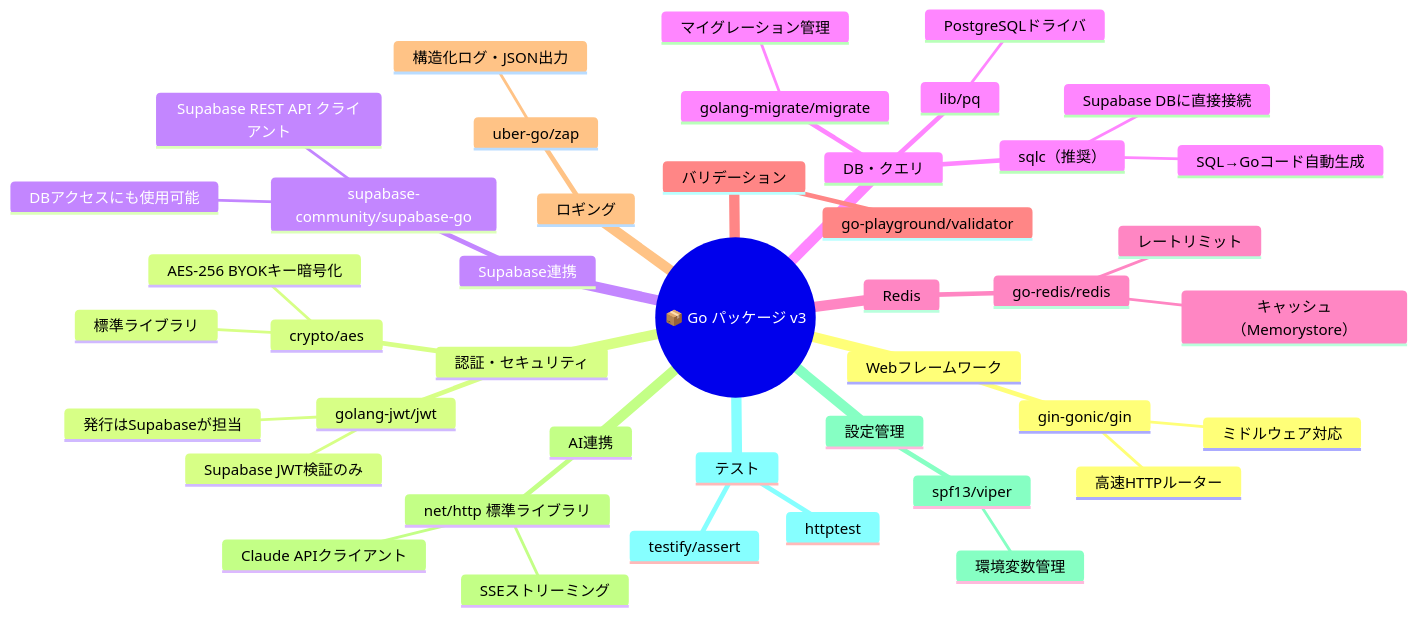
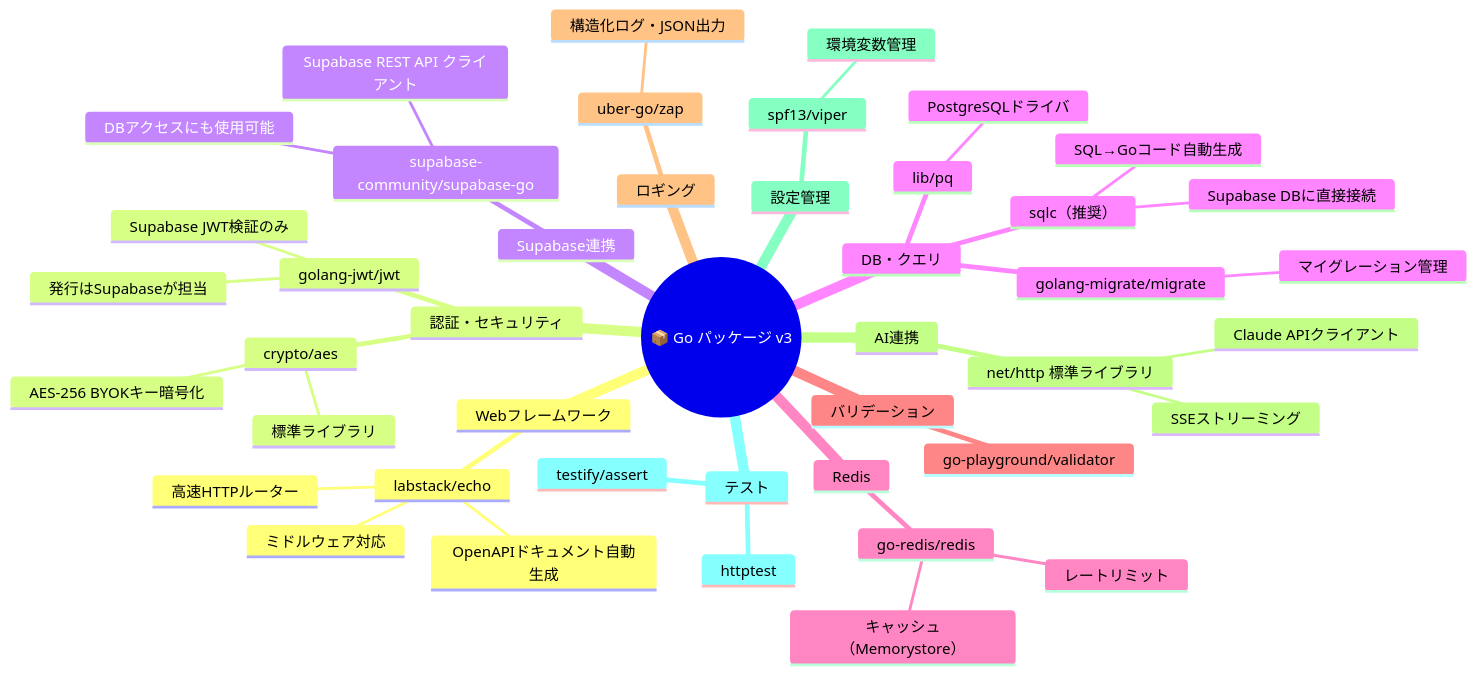
The sixth of 11 diagrams in tech-stack-v3.md (oto1720/mermaid), drawn with Mermaid before and after one commit. The commit also changed other lines of this file and 1 other file, not shown here.

````diff
--- a/tech-stack-v3.md
+++ b/tech-stack-v3.md
@@ -324,46 +286,47 @@
 ```mermaid
 mindmap
   root((📦 Go パッケージ v3))
     Webフレームワーク
-      gin-gonic/gin
+      labstack/echo
         高速HTTPルーター
         ミドルウェア対応
+        OpenAPIドキュメント自動生成
     認証・セキュリティ
       golang-jwt/jwt
         Supabase JWT検証のみ
         発行はSupabaseが担当
       crypto/aes
         AES-256 BYOKキー暗号化
         標準ライブラリ
     Supabase連携
       supabase-community/supabase-go
         Supabase REST API クライアント
         DBアクセスにも使用可能
     DB・クエリ
       sqlc（推奨）
         SQL→Goコード自動生成
         Supabase DBに直接接続
       lib/pq
         PostgreSQLドライバ
       golang-migrate/migrate
         マイグレーション管理
     Redis
       go-redis/redis
         レートリミット
         キャッシュ（Memorystore）
     バリデーション
       go-playground/validator
     ロギング
       uber-go/zap
         構造化ログ・JSON出力
     AI連携
       net/http 標準ライブラリ
         Claude APIクライアント
         SSEストリーミング
     設定管理
       spf13/viper
         環境変数管理
     テスト
       testify/assert
       httptest
 ```
````
